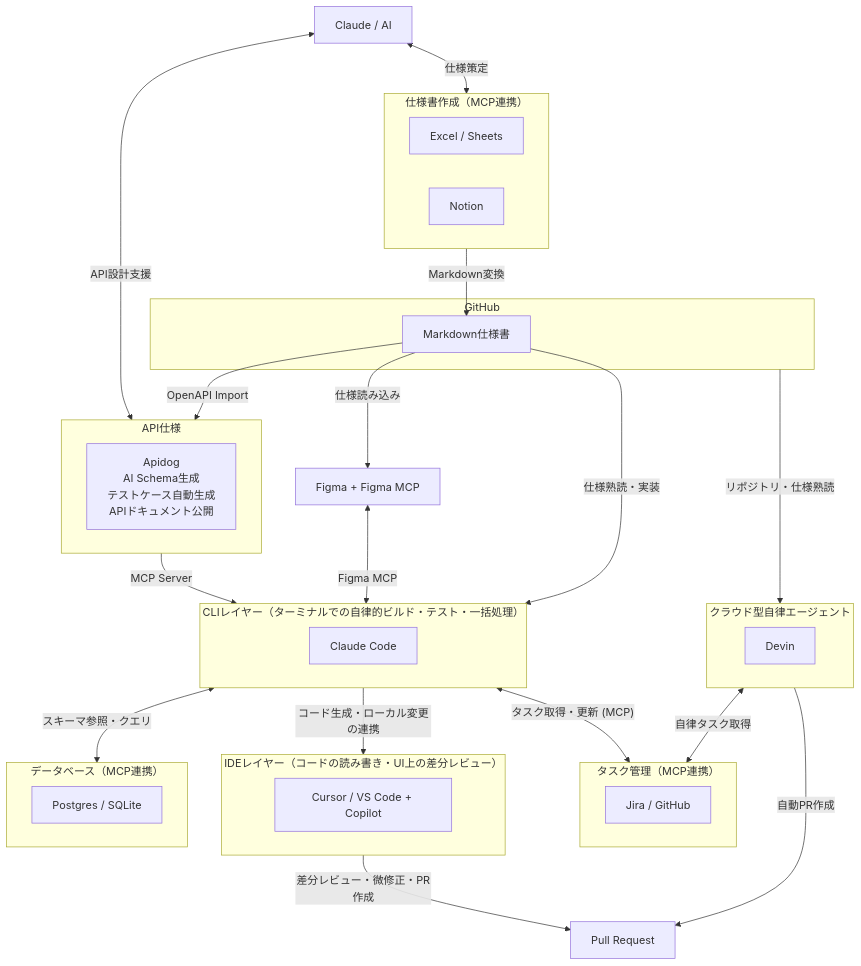
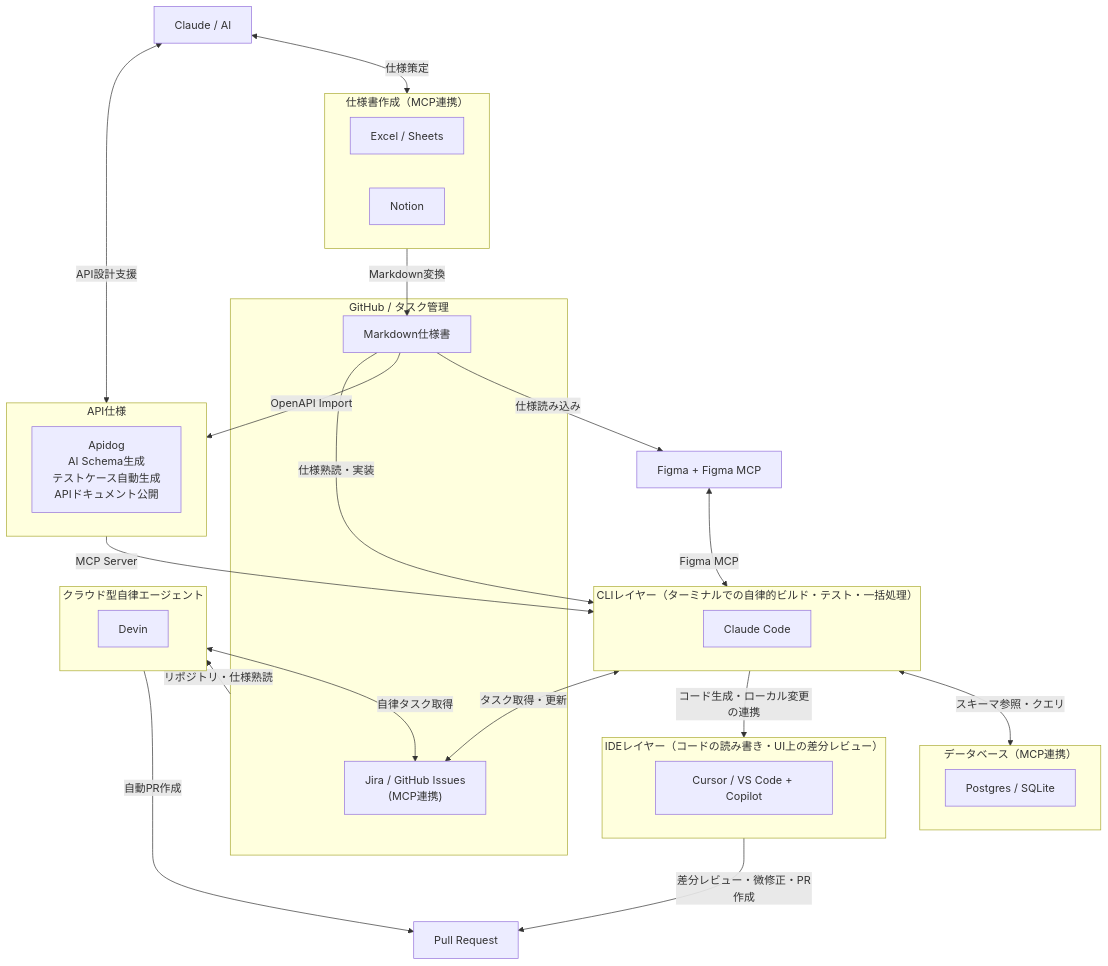
Before and after one commit to takuma39/ai: the first of 20 diagrams in AI駆動開発.md, drawn with Mermaid.

Commit message:
update: AI駆動開発.mdを更新

````diff
--- a/AI駆動開発.md
+++ b/AI駆動開発.md
@@ -70,54 +70,51 @@
 ```mermaid
 graph TD
     Claude["Claude / AI"]
 
     subgraph specs["仕様書作成（MCP連携）"]
         Excel["Excel / Sheets"]
         NotionTool["Notion"]
     end
 
-    subgraph tasks["タスク管理（MCP連携）"]
-        Jira["Jira / GitHub"]
+    subgraph repo_tasks["GitHub / タスク管理"]
+        Jira["Jira / GitHub Issues<br/>(MCP連携)"]
+        MD["Markdown仕様書"]
     end
-
     subgraph apispec["API仕様"]
         Apidog["Apidog<br/>AI Schema生成<br/>テストケース自動生成<br/>APIドキュメント公開"]
     end
 
-    subgraph github["GitHub"]
-        MD["Markdown仕様書"]
-    end
     Figma["Figma + Figma MCP"]
 
     subgraph ide["IDEレイヤー（コードの読み書き・UI上の差分レビュー）"]
         Cursor["Cursor / VS Code + Copilot"]
     end
 
     subgraph cli["CLIレイヤー（ターミナルでの自律的ビルド・テスト・一括処理）"]
         CC["Claude Code"]
     end
 
     subgraph saas_agent["クラウド型自律エージェント"]
         Devin["Devin"]
     end
 
     subgraph database["データベース（MCP連携）"]
         DB["Postgres / SQLite"]
     end
 
     Claude <-->|"仕様策定"| specs
     Claude <-->|"API設計支援"| apispec
-    cli <-->|"タスク取得・更新 (MCP)"| tasks
-    saas_agent <-->|"自律タスク取得"| tasks
+    cli <-->|"タスク取得・更新"| Jira
+    saas_agent <-->|"自律タスク取得"| Jira
     specs -->|"Markdown変換"| MD
     MD -->|"OpenAPI Import"| apispec
     apispec -->|"MCP Server"| cli
     MD -->|"仕様読み込み"| Figma
     Figma <-->|"Figma MCP"| cli
     MD -->|"仕様熟読・実装"| cli
-    github -->|"リポジトリ・仕様熟読"| saas_agent
+    repo_tasks -->|"リポジトリ・仕様熟読"| saas_agent
     cli <-->|"スキーマ参照・クエリ"| database
     cli -->|"コード生成・ローカル変更の連携"| ide
     ide -->|"差分レビュー・微修正・PR作成"| PR["Pull Request"]
     saas_agent -->|"自動PR作成"| PR
 ```
````
